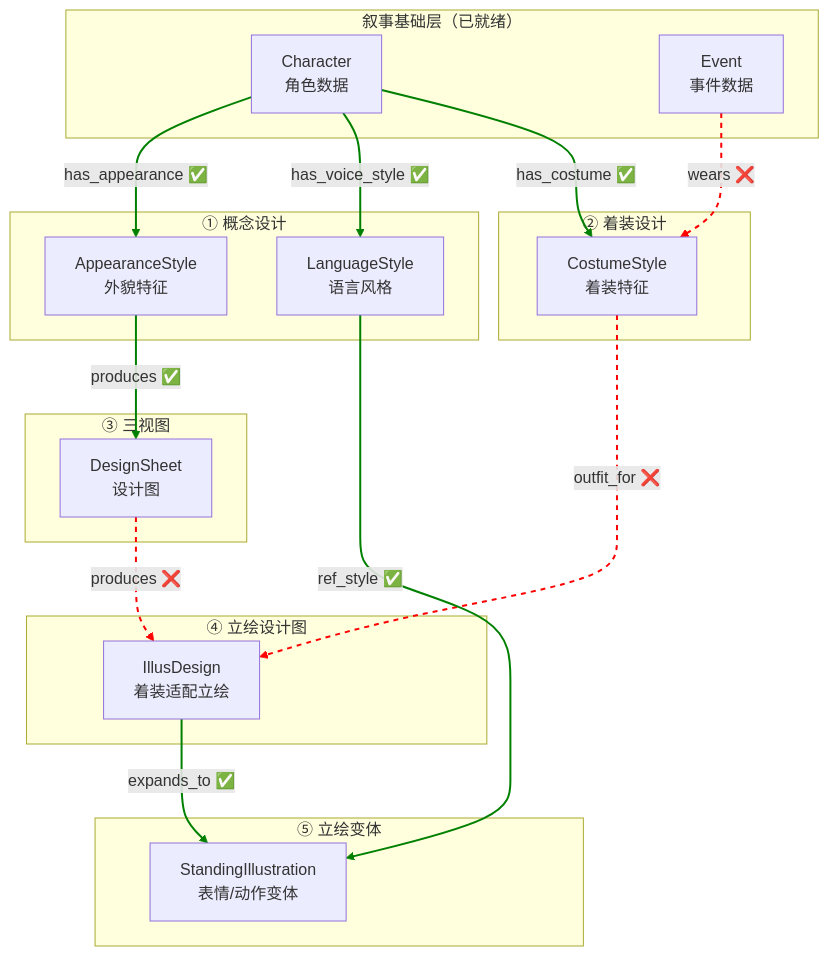
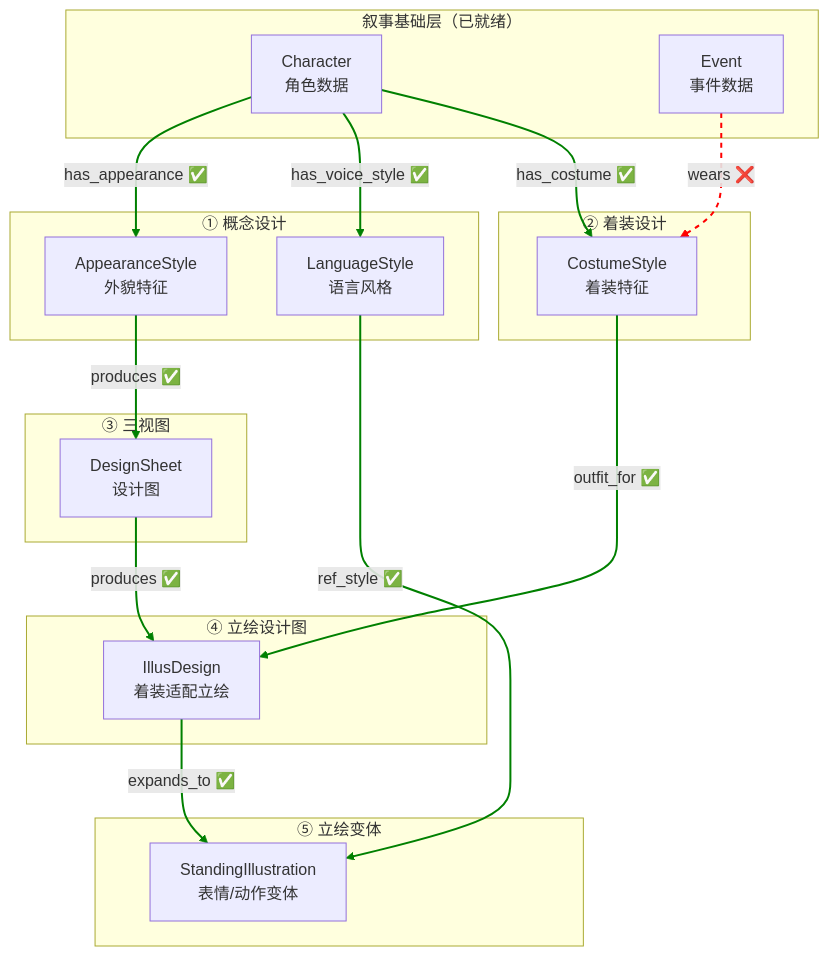
Before and after one commit to CrazyJinn/OtheredGlass: the third of 3 diagrams in readme2.md, drawn with Mermaid. The commit also changed 11 other files, not shown here.

````diff
--- a/readme2.md
+++ b/readme2.md
@@ -180,41 +180,41 @@
 ```mermaid
 flowchart TB
     subgraph 叙事基础["叙事基础层（已就绪）"]
         Character["Character<br/>角色数据"]
         Event["Event<br/>事件数据"]
     end
 
     subgraph 概念设计["① 概念设计"]
         Appearance["AppearanceStyle<br/>外貌特征"]
         Language["LanguageStyle<br/>语言风格"]
     end
 
     subgraph 着装设计["② 着装设计"]
         Costume["CostumeStyle<br/>着装特征"]
     end
 
     subgraph 设计图["③ 三视图"]
         DesignSheet["DesignSheet<br/>设计图"]
     end
 
     subgraph 立绘设计["④ 立绘设计图"]
         IllusDesign["IllusDesign<br/>着装适配立绘"]
     end
 
     subgraph 立绘变体["⑤ 立绘变体"]
         Standing["StandingIllustration<br/>表情/动作变体"]
     end
 
     Character -->|"has_appearance ✅"| Appearance
     Character -->|"has_voice_style ✅"| Language
     Character -->|"has_costume ✅"| Costume
     Event -->|"wears ❌"| Costume
     Appearance -->|"produces ✅"| DesignSheet
-    DesignSheet -->|"produces ❌"| IllusDesign
-    Costume -->|"outfit_for ❌"| IllusDesign
+    DesignSheet -->|"produces ✅"| IllusDesign
+    Costume -->|"outfit_for ✅"| IllusDesign
     IllusDesign -->|"expands_to ✅"| Standing
     Language -->|"ref_style ✅"| Standing
 
-    linkStyle 0,1,2,4,7,8 stroke:green,stroke-width:2px
-    linkStyle 3,5,6 stroke:red,stroke-width:2px,stroke-dasharray: 5 5
+    linkStyle 0,1,2,4,5,6,7,8 stroke:green,stroke-width:2px
+    linkStyle 3 stroke:red,stroke-width:2px,stroke-dasharray: 5 5
 ```
````
